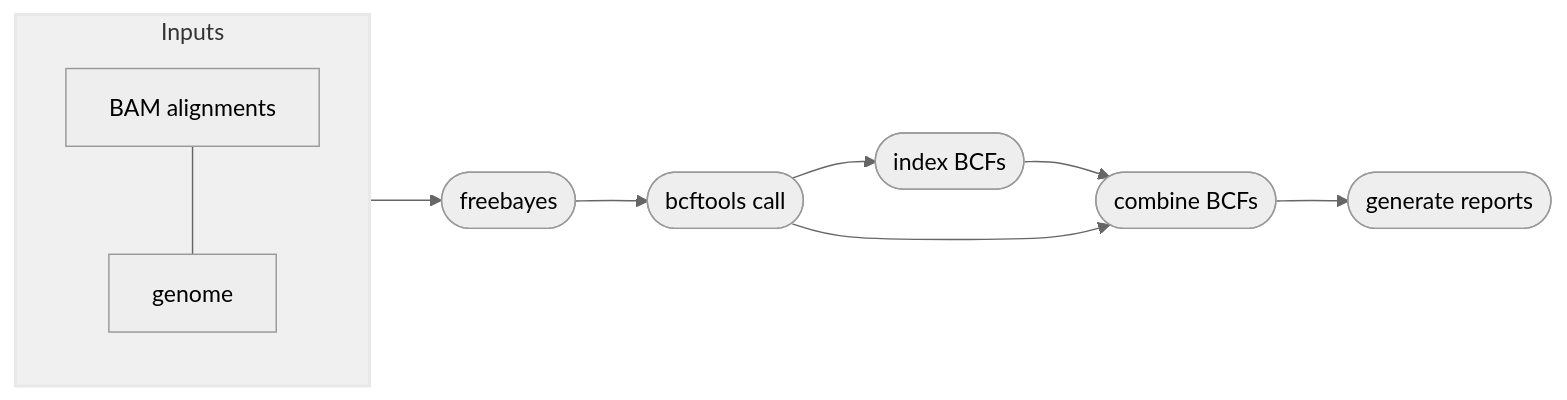
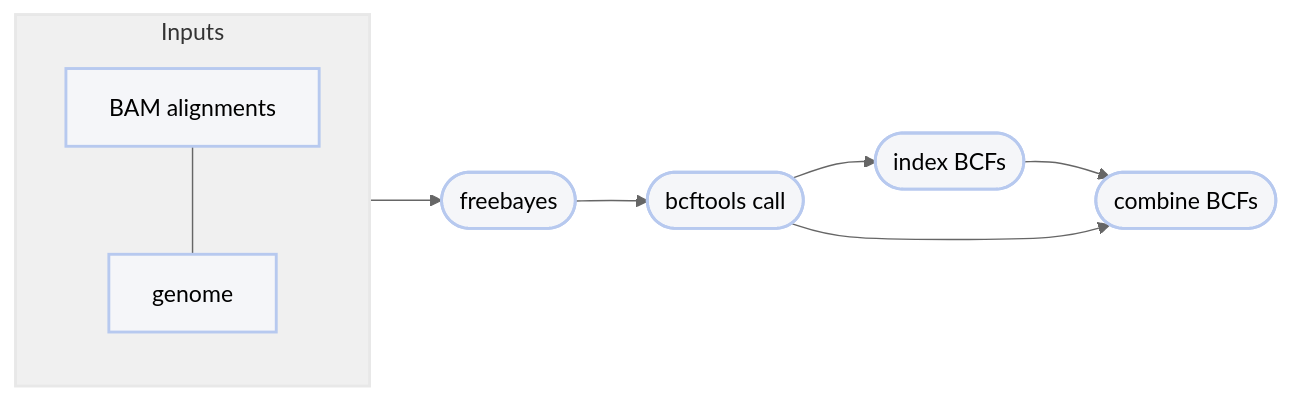
Before and after one commit to pdimens/harpy: the first of 2 diagrams in Modules/snp.md, drawn with Mermaid (neutral theme). The commit also changed other lines of this file and 11 other files, not shown here.

Commit message:
update all mermaids

````diff
--- a/Modules/snp.md
+++ b/Modules/snp.md
@@ -202,13 +202,13 @@
 ```mermaid
 graph LR
     subgraph Inputs
-        aln[BAM alignments]---gen[genome]
+        aln[BAM alignments]:::clean---gen[genome]:::clean
     end
-    Inputs --> B([freebayes])
-    B-->C([bcftools call])
-    C-->D([index BCFs])
-    D-->E([combine BCFs])
+    Inputs --> B([freebayes]):::clean
+    B-->C([bcftools call]):::clean
+    C-->D([index BCFs]):::clean
+    D-->E([combine BCFs]):::clean
     C-->E
-    E-->F([generate reports])
     style Inputs fill:#f0f0f0,stroke:#e8e8e8,stroke-width:2px
+    classDef clean fill:#f5f6f9,stroke:#b7c9ef,stroke-width:2px
 ```
````
